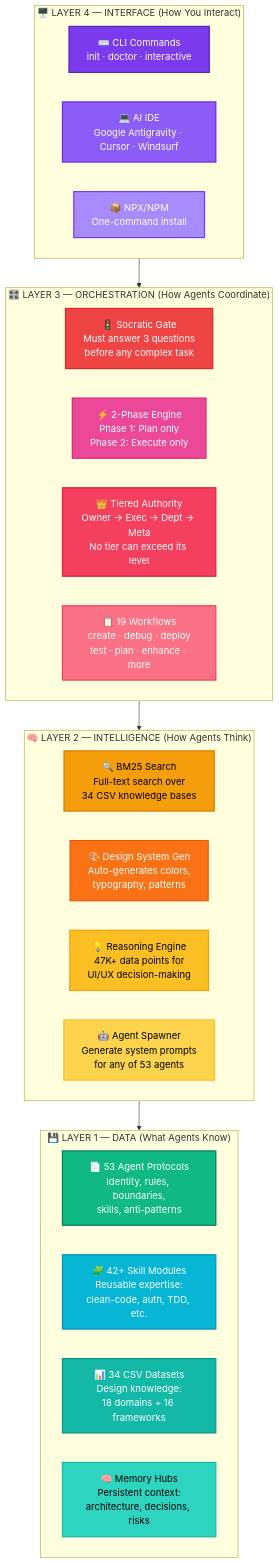
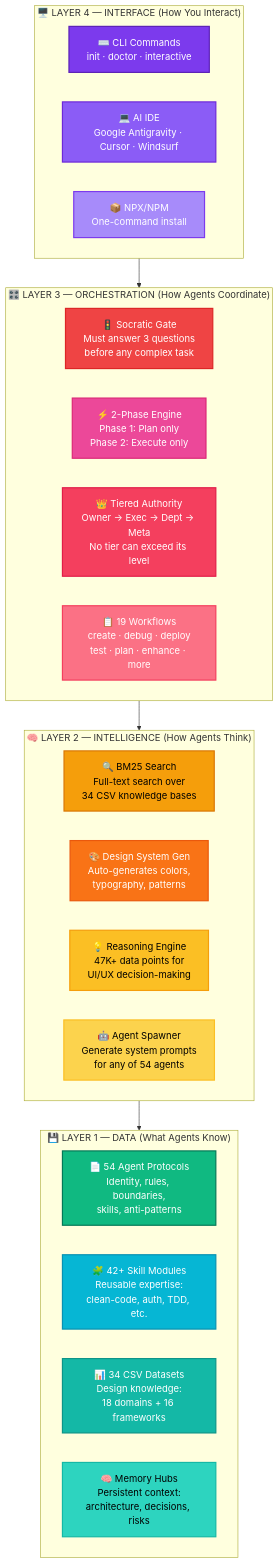
Before and after one commit to Ab-aswini/Agent-kit-P1: the third of 7 diagrams in README.md, drawn with Mermaid. The commit also changed other lines of this file, not shown here.

````diff
--- a/README.md
+++ b/README.md
@@ -290,51 +290,51 @@
 ```mermaid
 %%{init: {'theme': 'default'}}%%
 
 graph TD
   subgraph L4["🖥️ LAYER 4 — INTERFACE  (How You Interact)"]
     CLI["⌨️ CLI Commands<br/>init · doctor · interactive"]
     IDE["💻 AI IDE<br/>Google Antigravity · Cursor · Windsurf"]
     NPX["📦 NPX/NPM<br/>One-command install"]
   end
 
   subgraph L3["🎛️ LAYER 3 — ORCHESTRATION  (How Agents Coordinate)"]
     GATE["🚦 Socratic Gate<br/>Must answer 3 questions<br/>before any complex task"]
     PHASE["⚡ 2-Phase Engine<br/>Phase 1: Plan only<br/>Phase 2: Execute only"]
     GOV["👑 Tiered Authority<br/>Owner → Exec → Dept → Meta<br/>No tier can exceed its level"]
     WF["📋 19 Workflows<br/>create · debug · deploy<br/>test · plan · enhance · more"]
   end
 
   subgraph L2["🧠 LAYER 2 — INTELLIGENCE  (How Agents Think)"]
     BM25["🔍 BM25 Search<br/>Full-text search over<br/>34 CSV knowledge bases"]
     DSG["🎨 Design System Gen<br/>Auto-generates colors,<br/>typography, patterns"]
     REASON["💡 Reasoning Engine<br/>47K+ data points for<br/>UI/UX decision-making"]
-    SPAWN["🤖 Agent Spawner<br/>Generate system prompts<br/>for any of 53 agents"]
+    SPAWN["🤖 Agent Spawner<br/>Generate system prompts<br/>for any of 54 agents"]
   end
 
   subgraph L1["💾 LAYER 1 — DATA  (What Agents Know)"]
-    AGENTS["📄 53 Agent Protocols<br/>Identity, rules, boundaries,<br/>skills, anti-patterns"]
+    AGENTS["📄 54 Agent Protocols<br/>Identity, rules, boundaries,<br/>skills, anti-patterns"]
     SKILLS["🧩 42+ Skill Modules<br/>Reusable expertise:<br/>clean-code, auth, TDD, etc."]
     CSV["📊 34 CSV Datasets<br/>Design knowledge:<br/>18 domains + 16 frameworks"]
     MEM["🧠 Memory Hubs<br/>Persistent context:<br/>architecture, decisions, risks"]
   end
 
   L4 --> L3
   L3 --> L2
   L2 --> L1
 
   style CLI fill:#7C3AED,stroke:#5B21B6,stroke-width:2px,color:#fff
   style IDE fill:#8B5CF6,stroke:#6D28D9,stroke-width:2px,color:#fff
   style NPX fill:#A78BFA,stroke:#7C3AED,stroke-width:2px,color:#fff
   style GATE fill:#EF4444,stroke:#DC2626,stroke-width:2px,color:#fff
   style PHASE fill:#EC4899,stroke:#DB2777,stroke-width:2px,color:#fff
   style GOV fill:#F43F5E,stroke:#E11D48,stroke-width:2px,color:#fff
   style WF fill:#FB7185,stroke:#F43F5E,stroke-width:2px,color:#fff
   style BM25 fill:#F59E0B,stroke:#D97706,stroke-width:2px,color:#000
   style DSG fill:#F97316,stroke:#EA580C,stroke-width:2px,color:#fff
   style REASON fill:#FBBF24,stroke:#F59E0B,stroke-width:2px,color:#000
   style SPAWN fill:#FCD34D,stroke:#FBBF24,stroke-width:2px,color:#000
   style AGENTS fill:#10B981,stroke:#047857,stroke-width:2px,color:#fff
   style SKILLS fill:#06B6D4,stroke:#0891B2,stroke-width:2px,color:#fff
   style CSV fill:#14B8A6,stroke:#0D9488,stroke-width:2px,color:#fff
   style MEM fill:#2DD4BF,stroke:#14B8A6,stroke-width:2px,color:#000
 ```
````
